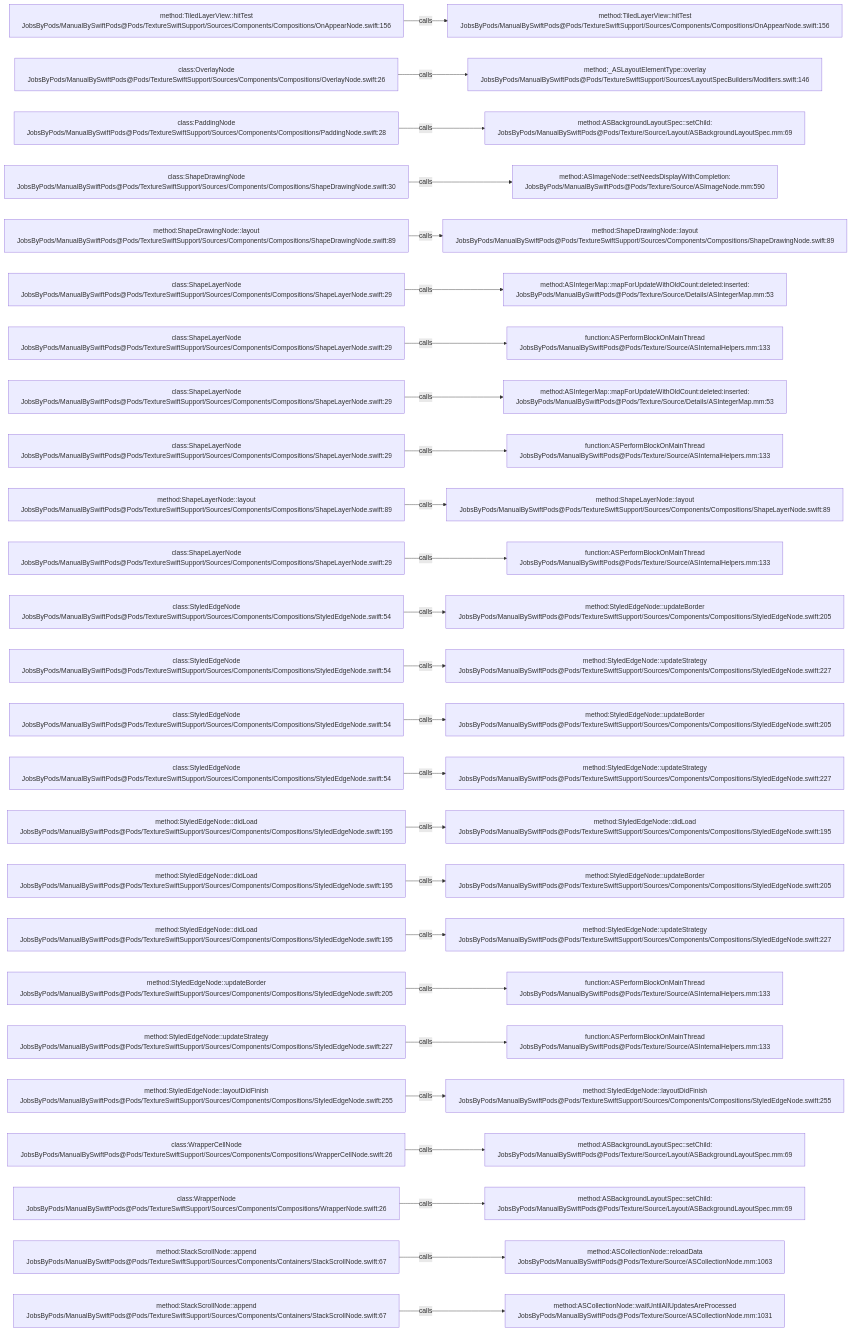
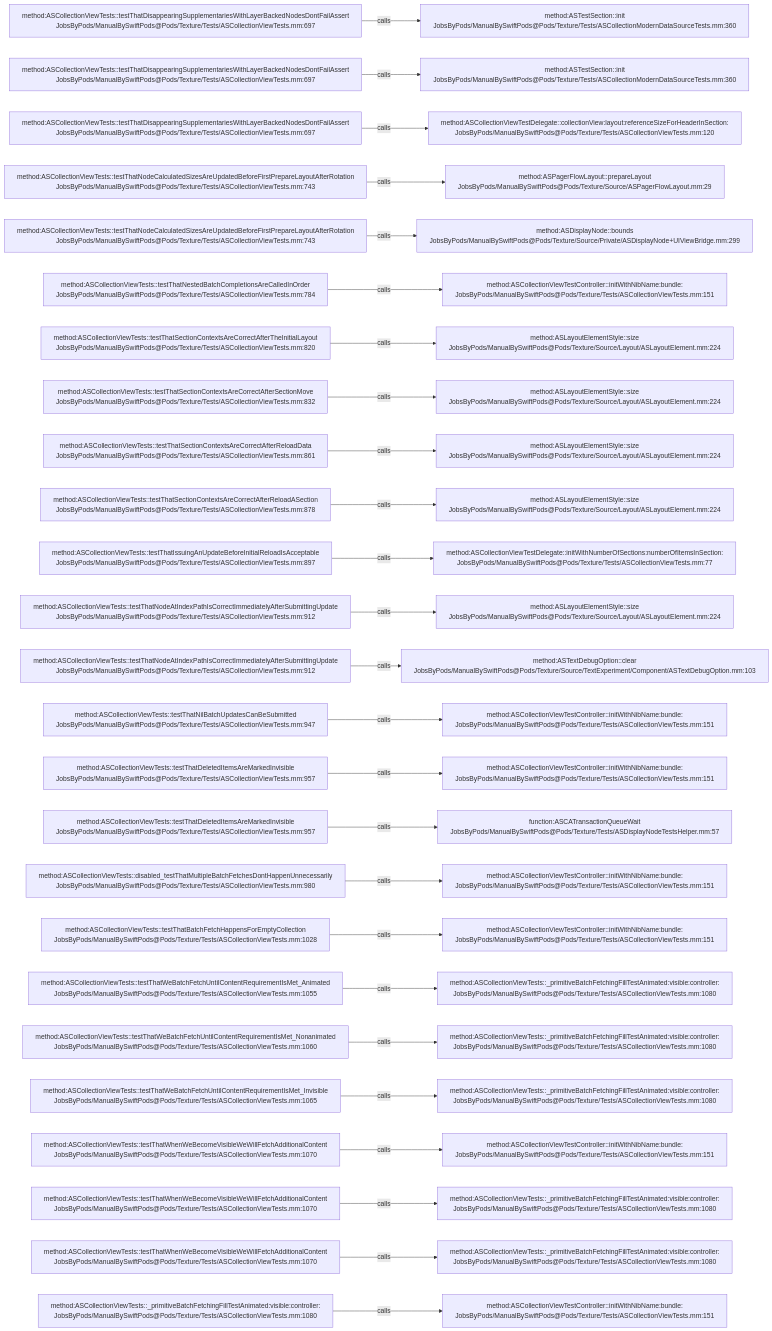
One commit to JobsKits/JobsSwiftBaseConfigDemo changed the diagram in .codegraph/codegraph.md/graphs/calls-173.md. Above: the diagram before and after it, drawn with Mermaid. The commit also changed 832 other files, not shown here.

````diff
--- a/.codegraph/codegraph.md/graphs/calls-173.md
+++ b/.codegraph/codegraph.md/graphs/calls-173.md
@@ -13,78 +13,78 @@
 ```mermaid
 flowchart LR
-  S1["method:TiledLayerView::hitTest<br/>JobsByPods/ManualBySwiftPods@Pods/TextureSwiftSupport/Sources/Components/Compositions/OnAppearNode.swift:156"]
-  T1["method:TiledLayerView::hitTest<br/>JobsByPods/ManualBySwiftPods@Pods/TextureSwiftSupport/Sources/Components/Compositions/OnAppearNode.swift:156"]
+  S1["method:ASCollectionViewTests::testThatDisappearingSupplementariesWithLayerBackedNodesDontFailAssert<br/>JobsByPods/ManualBySwiftPods@Pods/Texture/Tests/ASCollectionViewTests.mm:697"]
+  T1["method:ASTestSection::init<br/>JobsByPods/ManualBySwiftPods@Pods/Texture/Tests/ASCollectionModernDataSourceTests.mm:360"]
   S1 -->|calls| T1
-  S2["class:OverlayNode<br/>JobsByPods/ManualBySwiftPods@Pods/TextureSwiftSupport/Sources/Components/Compositions/OverlayNode.swift:26"]
-  T2["method:_ASLayoutElementType::overlay<br/>JobsByPods/ManualBySwiftPods@Pods/TextureSwiftSupport/Sources/LayoutSpecBuilders/Modifiers.swift:146"]
+  S2["method:ASCollectionViewTests::testThatDisappearingSupplementariesWithLayerBackedNodesDontFailAssert<br/>JobsByPods/ManualBySwiftPods@Pods/Texture/Tests/ASCollectionViewTests.mm:697"]
+  T2["method:ASTestSection::init<br/>JobsByPods/ManualBySwiftPods@Pods/Texture/Tests/ASCollectionModernDataSourceTests.mm:360"]
   S2 -->|calls| T2
-  S3["class:PaddingNode<br/>JobsByPods/ManualBySwiftPods@Pods/TextureSwiftSupport/Sources/Components/Compositions/PaddingNode.swift:28"]
-  T3["method:ASBackgroundLayoutSpec::setChild:<br/>JobsByPods/ManualBySwiftPods@Pods/Texture/Source/Layout/ASBackgroundLayoutSpec.mm:69"]
+  S3["method:ASCollectionViewTests::testThatDisappearingSupplementariesWithLayerBackedNodesDontFailAssert<br/>JobsByPods/ManualBySwiftPods@Pods/Texture/Tests/ASCollectionViewTests.mm:697"]
+  T3["method:ASCollectionViewTestDelegate::collectionView:layout:referenceSizeForHeaderInSection:<br/>JobsByPods/ManualBySwiftPods@Pods/Texture/Tests/ASCollectionViewTests.mm:120"]
   S3 -->|calls| T3
-  S4["class:ShapeDrawingNode<br/>JobsByPods/ManualBySwiftPods@Pods/TextureSwiftSupport/Sources/Components/Compositions/ShapeDrawingNode.swift:30"]
-  T4["method:ASImageNode::setNeedsDisplayWithCompletion:<br/>JobsByPods/ManualBySwiftPods@Pods/Texture/Source/ASImageNode.mm:590"]
+  S4["method:ASCollectionViewTests::testThatNodeCalculatedSizesAreUpdatedBeforeFirstPrepareLayoutAfterRotation<br/>JobsByPods/ManualBySwiftPods@Pods/Texture/Tests/ASCollectionViewTests.mm:743"]
+  T4["method:ASPagerFlowLayout::prepareLayout<br/>JobsByPods/ManualBySwiftPods@Pods/Texture/Source/ASPagerFlowLayout.mm:29"]
   S4 -->|calls| T4
-  S5["method:ShapeDrawingNode::layout<br/>JobsByPods/ManualBySwiftPods@Pods/TextureSwiftSupport/Sources/Components/Compositions/ShapeDrawingNode.swift:89"]
-  T5["method:ShapeDrawingNode::layout<br/>JobsByPods/ManualBySwiftPods@Pods/TextureSwiftSupport/Sources/Components/Compositions/ShapeDrawingNode.swift:89"]
+  S5["method:ASCollectionViewTests::testThatNodeCalculatedSizesAreUpdatedBeforeFirstPrepareLayoutAfterRotation<br/>JobsByPods/ManualBySwiftPods@Pods/Texture/Tests/ASCollectionViewTests.mm:743"]
+  T5["method:ASDisplayNode::bounds<br/>JobsByPods/ManualBySwiftPods@Pods/Texture/Source/Private/ASDisplayNode+UIViewBridge.mm:299"]
   S5 -->|calls| T5
-  S6["class:ShapeLayerNode<br/>JobsByPods/ManualBySwiftPods@Pods/TextureSwiftSupport/Sources/Components/Compositions/ShapeLayerNode.swift:29"]
-  T6["method:ASIntegerMap::mapForUpdateWithOldCount:deleted:inserted:<br/>JobsByPods/ManualBySwiftPods@Pods/Texture/Source/Details/ASIntegerMap.mm:53"]
+  S6["method:ASCollectionViewTests::testThatNestedBatchCompletionsAreCalledInOrder<br/>JobsByPods/ManualBySwiftPods@Pods/Texture/Tests/ASCollectionViewTests.mm:784"]
+  T6["method:ASCollectionViewTestController::initWithNibName:bundle:<br/>JobsByPods/ManualBySwiftPods@Pods/Texture/Tests/ASCollectionViewTests.mm:151"]
   S6 -->|calls| T6
-  S7["class:ShapeLayerNode<br/>JobsByPods/ManualBySwiftPods@Pods/TextureSwiftSupport/Sources/Components/Compositions/ShapeLayerNode.swift:29"]
-  T7["function:ASPerformBlockOnMainThread<br/>JobsByPods/ManualBySwiftPods@Pods/Texture/Source/ASInternalHelpers.mm:133"]
+  S7["method:ASCollectionViewTests::testThatSectionContextsAreCorrectAfterTheInitialLayout<br/>JobsByPods/ManualBySwiftPods@Pods/Texture/Tests/ASCollectionViewTests.mm:820"]
+  T7["method:ASLayoutElementStyle::size<br/>JobsByPods/ManualBySwiftPods@Pods/Texture/Source/Layout/ASLayoutElement.mm:224"]
   S7 -->|calls| T7
-  S8["class:ShapeLayerNode<br/>JobsByPods/ManualBySwiftPods@Pods/TextureSwiftSupport/Sources/Components/Compositions/ShapeLayerNode.swift:29"]
-  T8["method:ASIntegerMap::mapForUpdateWithOldCount:deleted:inserted:<br/>JobsByPods/ManualBySwiftPods@Pods/Texture/Source/Details/ASIntegerMap.mm:53"]
+  S8["method:ASCollectionViewTests::testThatSectionContextsAreCorrectAfterSectionMove<br/>JobsByPods/ManualBySwiftPods@Pods/Texture/Tests/ASCollectionViewTests.mm:832"]
+  T8["method:ASLayoutElementStyle::size<br/>JobsByPods/ManualBySwiftPods@Pods/Texture/Source/Layout/ASLayoutElement.mm:224"]
   S8 -->|calls| T8
-  S9["class:ShapeLayerNode<br/>JobsByPods/ManualBySwiftPods@Pods/TextureSwiftSupport/Sources/Components/Compositions/ShapeLayerNode.swift:29"]
-  T9["function:ASPerformBlockOnMainThread<br/>JobsByPods/ManualBySwiftPods@Pods/Texture/Source/ASInternalHelpers.mm:133"]
+  S9["method:ASCollectionViewTests::testThatSectionContextsAreCorrectAfterReloadData<br/>JobsByPods/ManualBySwiftPods@Pods/Texture/Tests/ASCollectionViewTests.mm:861"]
+  T9["method:ASLayoutElementStyle::size<br/>JobsByPods/ManualBySwiftPods@Pods/Texture/Source/Layout/ASLayoutElement.mm:224"]
   S9 -->|calls| T9
-  S10["method:ShapeLayerNode::layout<br/>JobsByPods/ManualBySwiftPods@Pods/TextureSwiftSupport/Sources/Components/Compositions/ShapeLayerNode.swift:89"]
-  T10["method:ShapeLayerNode::layout<br/>JobsByPods/ManualBySwiftPods@Pods/TextureSwiftSupport/Sources/Components/Compositions/ShapeLayerNode.swift:89"]
+  S10["method:ASCollectionViewTests::testThatSectionContextsAreCorrectAfterReloadASection<br/>JobsByPods/ManualBySwiftPods@Pods/Texture/Tests/ASCollectionViewTests.mm:878"]
+  T10["method:ASLayoutElementStyle::size<br/>JobsByPods/ManualBySwiftPods@Pods/Texture/Source/Layout/ASLayoutElement.mm:224"]
   S10 -->|calls| T10
-  S11["class:ShapeLayerNode<br/>JobsByPods/ManualBySwiftPods@Pods/TextureSwiftSupport/Sources/Components/Compositions/ShapeLayerNode.swift:29"]
-  T11["function:ASPerformBlockOnMainThread<br/>JobsByPods/ManualBySwiftPods@Pods/Texture/Source/ASInternalHelpers.mm:133"]
+  S11["method:ASCollectionViewTests::testThatIssuingAnUpdateBeforeInitialReloadIsAcceptable<br/>JobsByPods/ManualBySwiftPods@Pods/Texture/Tests/ASCollectionViewTests.mm:897"]
+  T11["method:ASCollectionViewTestDelegate::initWithNumberOfSections:numberOfItemsInSection:<br/>JobsByPods/ManualBySwiftPods@Pods/Texture/Tests/ASCollectionViewTests.mm:77"]
   S11 -->|calls| T11
-  S12["class:StyledEdgeNode<br/>JobsByPods/ManualBySwiftPods@Pods/TextureSwiftSupport/Sources/Components/Compositions/StyledEdgeNode.swift:54"]
-  T12["method:StyledEdgeNode::updateBorder<br/>JobsByPods/ManualBySwiftPods@Pods/TextureSwiftSupport/Sources/Components/Compositions/StyledEdgeNode.swift:205"]
+  S12["method:ASCollectionViewTests::testThatNodeAtIndexPathIsCorrectImmediatelyAfterSubmittingUpdate<br/>JobsByPods/ManualBySwiftPods@Pods/Texture/Tests/ASCollectionViewTests.mm:912"]
+  T12["method:ASLayoutElementStyle::size<br/>JobsByPods/ManualBySwiftPods@Pods/Texture/Source/Layout/ASLayoutElement.mm:224"]
   S12 -->|calls| T12
-  S13["class:StyledEdgeNode<br/>JobsByPods/ManualBySwiftPods@Pods/TextureSwiftSupport/Sources/Components/Compositions/StyledEdgeNode.swift:54"]
-  T13["method:StyledEdgeNode::updateStrategy<br/>JobsByPods/ManualBySwiftPods@Pods/TextureSwiftSupport/Sources/Components/Compositions/StyledEdgeNode.swift:227"]
+  S13["method:ASCollectionViewTests::testThatNodeAtIndexPathIsCorrectImmediatelyAfterSubmittingUpdate<br/>JobsByPods/ManualBySwiftPods@Pods/Texture/Tests/ASCollectionViewTests.mm:912"]
+  T13["method:ASTextDebugOption::clear<br/>JobsByPods/ManualBySwiftPods@Pods/Texture/Source/TextExperiment/Component/ASTextDebugOption.mm:103"]
   S13 -->|calls| T13
-  S14["class:StyledEdgeNode<br/>JobsByPods/ManualBySwiftPods@Pods/TextureSwiftSupport/Sources/Components/Compositions/StyledEdgeNode.swift:54"]
-  T14["method:StyledEdgeNode::updateBorder<br/>JobsByPods/ManualBySwiftPods@Pods/TextureSwiftSupport/Sources/Components/Compositions/StyledEdgeNode.swift:205"]
+  S14["method:ASCollectionViewTests::testThatNilBatchUpdatesCanBeSubmitted<br/>JobsByPods/ManualBySwiftPods@Pods/Texture/Tests/ASCollectionViewTests.mm:947"]
+  T14["method:ASCollectionViewTestController::initWithNibName:bundle:<br/>JobsByPods/ManualBySwiftPods@Pods/Texture/Tests/ASCollectionViewTests.mm:151"]
   S14 -->|calls| T14
-  S15["class:StyledEdgeNode<br/>JobsByPods/ManualBySwiftPods@Pods/TextureSwiftSupport/Sources/Components/Compositions/StyledEdgeNode.swift:54"]
-  T15["method:StyledEdgeNode::updateStrategy<br/>JobsByPods/ManualBySwiftPods@Pods/TextureSwiftSupport/Sources/Components/Compositions/StyledEdgeNode.swift:227"]
+  S15["method:ASCollectionViewTests::testThatDeletedItemsAreMarkedInvisible<br/>JobsByPods/ManualBySwiftPods@Pods/Texture/Tests/ASCollectionViewTests.mm:957"]
+  T15["method:ASCollectionViewTestController::initWithNibName:bundle:<br/>JobsByPods/ManualBySwiftPods@Pods/Texture/Tests/ASCollectionViewTests.mm:151"]
   S15 -->|calls| T15
-  S16["method:StyledEdgeNode::didLoad<br/>JobsByPods/ManualBySwiftPods@Pods/TextureSwiftSupport/Sources/Components/Compositions/StyledEdgeNode.swift:195"]
-  T16["method:StyledEdgeNode::didLoad<br/>JobsByPods/ManualBySwiftPods@Pods/TextureSwiftSupport/Sources/Components/Compositions/StyledEdgeNode.swift:195"]
+  S16["method:ASCollectionViewTests::testThatDeletedItemsAreMarkedInvisible<br/>JobsByPods/ManualBySwiftPods@Pods/Texture/Tests/ASCollectionViewTests.mm:957"]
+  T16["function:ASCATransactionQueueWait<br/>JobsByPods/ManualBySwiftPods@Pods/Texture/Tests/ASDisplayNodeTestsHelper.mm:57"]
   S16 -->|calls| T16
-  S17["method:StyledEdgeNode::didLoad<br/>JobsByPods/ManualBySwiftPods@Pods/TextureSwiftSupport/Sources/Components/Compositions/StyledEdgeNode.swift:195"]
-  T17["method:StyledEdgeNode::updateBorder<br/>JobsByPods/ManualBySwiftPods@Pods/TextureSwiftSupport/Sources/Components/Compositions/StyledEdgeNode.swift:205"]
+  S17["method:ASCollectionViewTests::disabled_testThatMultipleBatchFetchesDontHappenUnnecessarily<br/>JobsByPods/ManualBySwiftPods@Pods/Texture/Tests/ASCollectionViewTests.mm:980"]
+  T17["method:ASCollectionViewTestController::initWithNibName:bundle:<br/>JobsByPods/ManualBySwiftPods@Pods/Texture/Tests/ASCollectionViewTests.mm:151"]
   S17 -->|calls| T17
-  S18["method:StyledEdgeNode::didLoad<br/>JobsByPods/ManualBySwiftPods@Pods/TextureSwiftSupport/Sources/Components/Compositions/StyledEdgeNode.swift:195"]
-  T18["method:StyledEdgeNode::updateStrategy<br/>JobsByPods/ManualBySwiftPods@Pods/TextureSwiftSupport/Sources/Components/Compositions/StyledEdgeNode.swift:227"]
+  S18["method:ASCollectionViewTests::testThatBatchFetchHappensForEmptyCollection<br/>JobsByPods/ManualBySwiftPods@Pods/Texture/Tests/ASCollectionViewTests.mm:1028"]
+  T18["method:ASCollectionViewTestController::initWithNibName:bundle:<br/>JobsByPods/ManualBySwiftPods@Pods/Texture/Tests/ASCollectionViewTests.mm:151"]
   S18 -->|calls| T18
-  S19["method:StyledEdgeNode::updateBorder<br/>JobsByPods/ManualBySwiftPods@Pods/TextureSwiftSupport/Sources/Components/Compositions/StyledEdgeNode.swift:205"]
-  T19["function:ASPerformBlockOnMainThread<br/>JobsByPods/ManualBySwiftPods@Pods/Texture/Source/ASInternalHelpers.mm:133"]
+  S19["method:ASCollectionViewTests::testThatWeBatchFetchUntilContentRequirementIsMet_Animated<br/>JobsByPods/ManualBySwiftPods@Pods/Texture/Tests/ASCollectionViewTests.mm:1055"]
+  T19["method:ASCollectionViewTests::_primitiveBatchFetchingFillTestAnimated:visible:controller:<br/>JobsByPods/ManualBySwiftPods@Pods/Texture/Tests/ASCollectionViewTests.mm:1080"]
   S19 -->|calls| T19
-  S20["method:StyledEdgeNode::updateStrategy<br/>JobsByPods/ManualBySwiftPods@Pods/TextureSwiftSupport/Sources/Components/Compositions/StyledEdgeNode.swift:227"]
-  T20["function:ASPerformBlockOnMainThread<br/>JobsByPods/ManualBySwiftPods@Pods/Texture/Source/ASInternalHelpers.mm:133"]
+  S20["method:ASCollectionViewTests::testThatWeBatchFetchUntilContentRequirementIsMet_Nonanimated<br/>JobsByPods/ManualBySwiftPods@Pods/Texture/Tests/ASCollectionViewTests.mm:1060"]
+  T20["method:ASCollectionViewTests::_primitiveBatchFetchingFillTestAnimated:visible:controller:<br/>JobsByPods/ManualBySwiftPods@Pods/Texture/Tests/ASCollectionViewTests.mm:1080"]
   S20 -->|calls| T20
-  S21["method:StyledEdgeNode::layoutDidFinish<br/>JobsByPods/ManualBySwiftPods@Pods/TextureSwiftSupport/Sources/Components/Compositions/StyledEdgeNode.swift:255"]
-  T21["method:StyledEdgeNode::layoutDidFinish<br/>JobsByPods/ManualBySwiftPods@Pods/TextureSwiftSupport/Sources/Components/Compositions/StyledEdgeNode.swift:255"]
+  S21["method:ASCollectionViewTests::testThatWeBatchFetchUntilContentRequirementIsMet_Invisible<br/>JobsByPods/ManualBySwiftPods@Pods/Texture/Tests/ASCollectionViewTests.mm:1065"]
+  T21["method:ASCollectionViewTests::_primitiveBatchFetchingFillTestAnimated:visible:controller:<br/>JobsByPods/ManualBySwiftPods@Pods/Texture/Tests/ASCollectionViewTests.mm:1080"]
   S21 -->|calls| T21
-  S22["class:WrapperCellNode<br/>JobsByPods/ManualBySwiftPods@Pods/TextureSwiftSupport/Sources/Components/Compositions/WrapperCellNode.swift:26"]
-  T22["method:ASBackgroundLayoutSpec::setChild:<br/>JobsByPods/ManualBySwiftPods@Pods/Texture/Source/Layout/ASBackgroundLayoutSpec.mm:69"]
+  S22["method:ASCollectionViewTests::testThatWhenWeBecomeVisibleWeWillFetchAdditionalContent<br/>JobsByPods/ManualBySwiftPods@Pods/Texture/Tests/ASCollectionViewTests.mm:1070"]
+  T22["method:ASCollectionViewTestController::initWithNibName:bundle:<br/>JobsByPods/ManualBySwiftPods@Pods/Texture/Tests/ASCollectionViewTests.mm:151"]
   S22 -->|calls| T22
-  S23["class:WrapperNode<br/>JobsByPods/ManualBySwiftPods@Pods/TextureSwiftSupport/Sources/Components/Compositions/WrapperNode.swift:26"]
-  T23["method:ASBackgroundLayoutSpec::setChild:<br/>JobsByPods/ManualBySwiftPods@Pods/Texture/Source/Layout/ASBackgroundLayoutSpec.mm:69"]
+  S23["method:ASCollectionViewTests::testThatWhenWeBecomeVisibleWeWillFetchAdditionalContent<br/>JobsByPods/ManualBySwiftPods@Pods/Texture/Tests/ASCollectionViewTests.mm:1070"]
+  T23["method:ASCollectionViewTests::_primitiveBatchFetchingFillTestAnimated:visible:controller:<br/>JobsByPods/ManualBySwiftPods@Pods/Texture/Tests/ASCollectionViewTests.mm:1080"]
   S23 -->|calls| T23
-  S24["method:StackScrollNode::append<br/>JobsByPods/ManualBySwiftPods@Pods/TextureSwiftSupport/Sources/Components/Containers/StackScrollNode.swift:67"]
-  T24["method:ASCollectionNode::reloadData<br/>JobsByPods/ManualBySwiftPods@Pods/Texture/Source/ASCollectionNode.mm:1063"]
+  S24["method:ASCollectionViewTests::testThatWhenWeBecomeVisibleWeWillFetchAdditionalContent<br/>JobsByPods/ManualBySwiftPods@Pods/Texture/Tests/ASCollectionViewTests.mm:1070"]
+  T24["method:ASCollectionViewTests::_primitiveBatchFetchingFillTestAnimated:visible:controller:<br/>JobsByPods/ManualBySwiftPods@Pods/Texture/Tests/ASCollectionViewTests.mm:1080"]
   S24 -->|calls| T24
-  S25["method:StackScrollNode::append<br/>JobsByPods/ManualBySwiftPods@Pods/TextureSwiftSupport/Sources/Components/Containers/StackScrollNode.swift:67"]
-  T25["method:ASCollectionNode::waitUntilAllUpdatesAreProcessed<br/>JobsByPods/ManualBySwiftPods@Pods/Texture/Source/ASCollectionNode.mm:1031"]
+  S25["method:ASCollectionViewTests::_primitiveBatchFetchingFillTestAnimated:visible:controller:<br/>JobsByPods/ManualBySwiftPods@Pods/Texture/Tests/ASCollectionViewTests.mm:1080"]
+  T25["method:ASCollectionViewTestController::initWithNibName:bundle:<br/>JobsByPods/ManualBySwiftPods@Pods/Texture/Tests/ASCollectionViewTests.mm:151"]
   S25 -->|calls| T25
 ```
````
